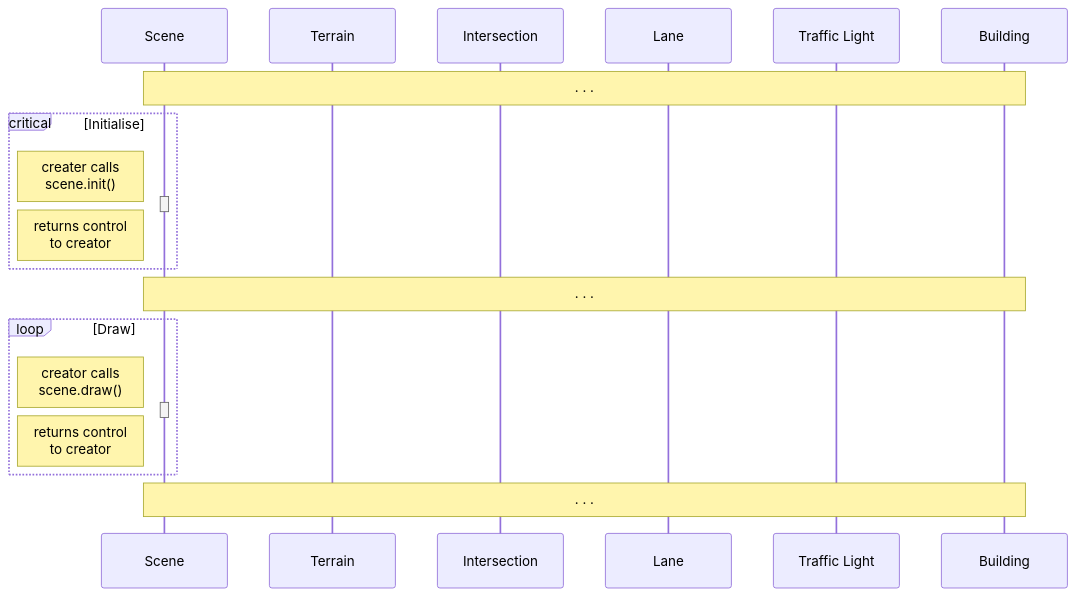
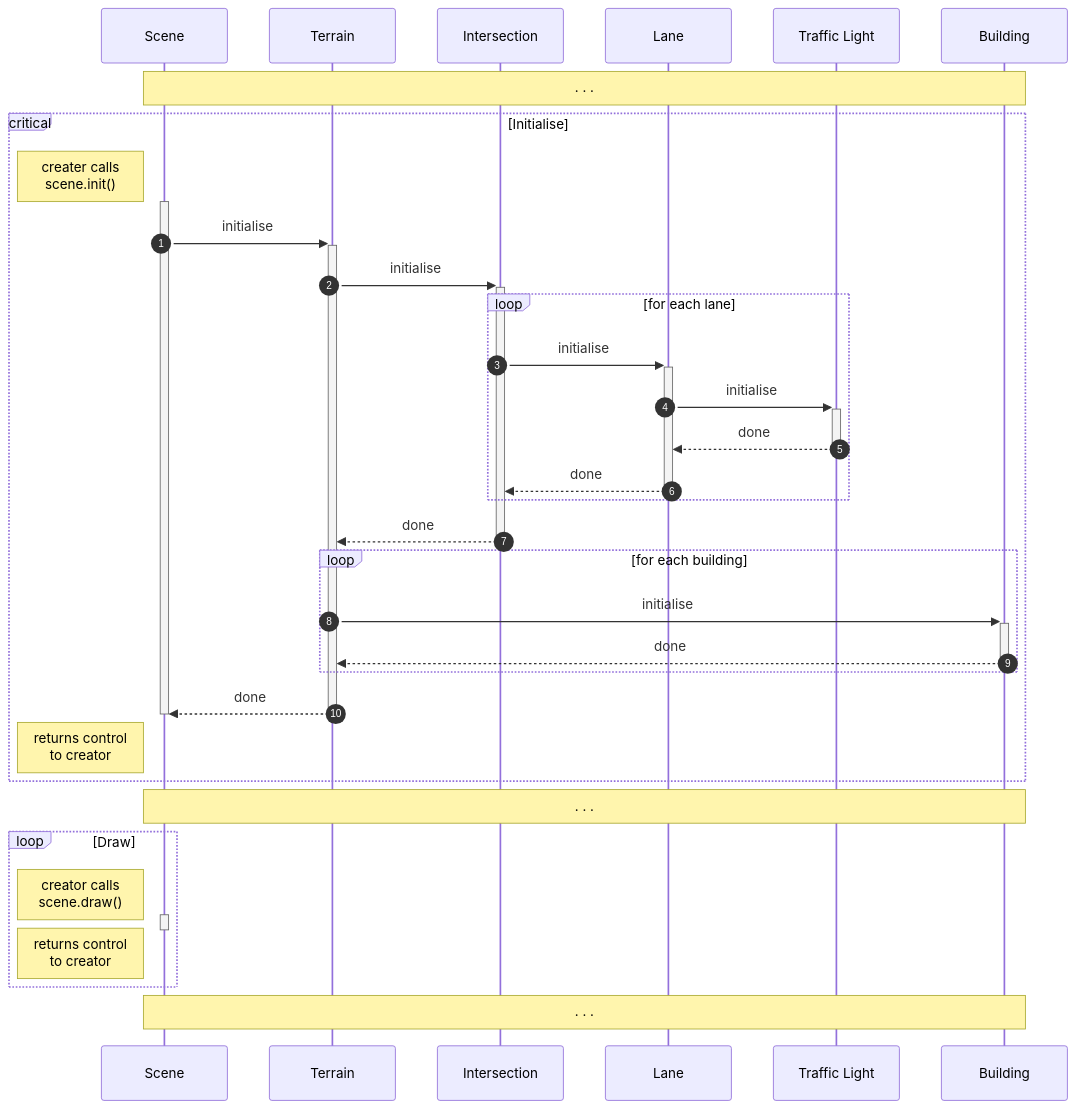
The fourth of 6 diagrams in docs/docs_01_conceptual.md (corbeau217/cpp_opengl_vehicles), drawn with Mermaid before and after one commit.

Commit message:
adding init terrain sequence

````diff
--- a/docs/docs_01_conceptual.md
+++ b/docs/docs_01_conceptual.md
@@ -418,35 +418,48 @@
 ```mermaid
 sequenceDiagram
     autonumber
     %% -------------------------------------------------
     participant SCENE as Scene
     participant TERRAIN as Terrain
     participant INTERSECTION as Intersection
     participant LANE as Lane
     participant TRAFFICLIGHT as Traffic Light
     participant BUILDING as Building
     %% ...
     %% -------------------------------------------------
     note over SCENE,BUILDING: . . . 
     %% -------------------------------------------------
     critical Initialise
     note left of SCENE: creater calls<br>scene.init()
     activate SCENE
-    %% ...
+    SCENE ->>+ TERRAIN: initialise
+    TERRAIN ->>+ INTERSECTION: initialise
+    loop for each lane
+    INTERSECTION ->>+ LANE: initialise
+    LANE ->>+ TRAFFICLIGHT: initialise
+    TRAFFICLIGHT -->>- LANE: done
+    LANE -->>- INTERSECTION: done
+    end
+    INTERSECTION -->>- TERRAIN: done
+    loop for each building
+    TERRAIN ->>+ BUILDING: initialise
+    BUILDING -->>- TERRAIN: done
+    end
+    TERRAIN -->>- SCENE: done
     deactivate SCENE
     note left of SCENE: returns control<br>to creator
     end
     %% -------------------------------------------------
     note over SCENE,BUILDING: . . . 
     %% -------------------------------------------------
     loop Draw
     note left of SCENE: creator calls<br>scene.draw()
     activate SCENE
     %% ...
     deactivate SCENE
     note left of SCENE: returns control<br>to creator
     end
     %% -------------------------------------------------
     note over SCENE,BUILDING: . . . 
     %% -------------------------------------------------
 ```
````
